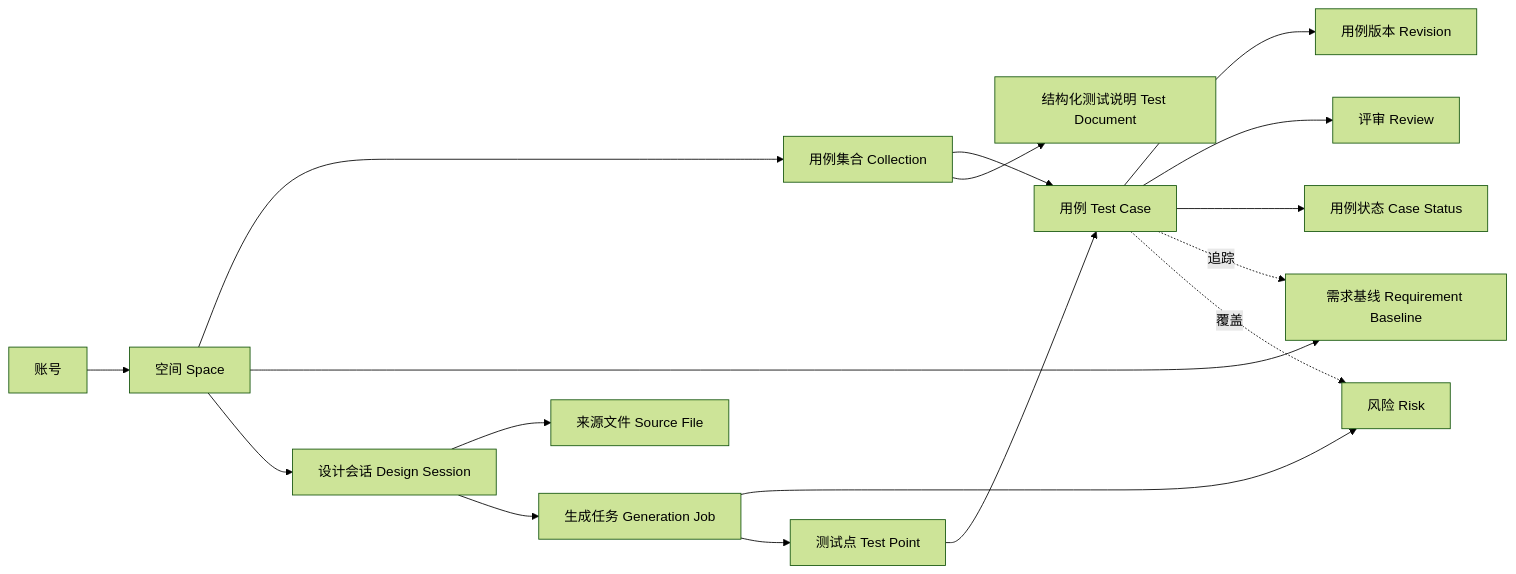
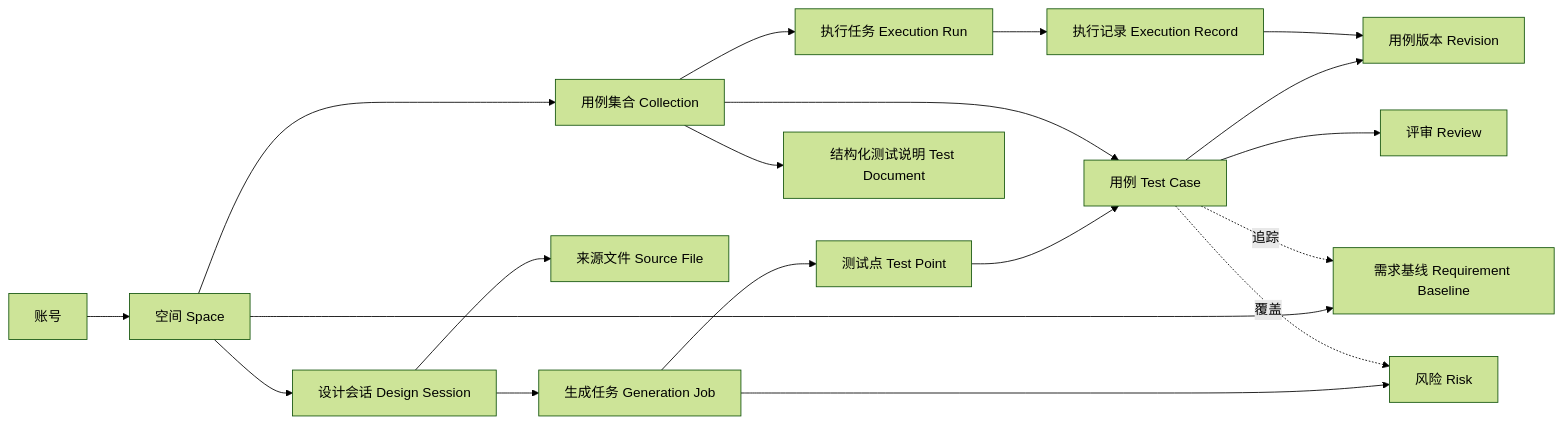
Before and after one commit to ruzhanzou/case_pilot: the diagram in docs/product-interaction-design.md, drawn with Mermaid (forest theme). The commit also changed other lines of this file and 59 other files, not shown here.

Commit message:
redesign case management and execution tasks

````diff
--- a/docs/product-interaction-design.md
+++ b/docs/product-interaction-design.md
@@ -30,19 +30,21 @@
 ```mermaid
 flowchart LR
   A[账号] --> S[空间 Space]
   S --> C[用例集合 Collection]
   S --> B[需求基线 Requirement Baseline]
   S --> D[设计会话 Design Session]
   D --> F[来源文件 Source File]
   D --> J[生成任务 Generation Job]
   J --> R[风险 Risk]
   J --> T[测试点 Test Point]
   T --> TC[用例 Test Case]
   C --> TC
   TC --> V[用例版本 Revision]
   TC --> RV[评审 Review]
-  TC --> CS[用例状态 Case Status]
+  C --> ER[执行任务 Execution Run]
+  ER --> EREC[执行记录 Execution Record]
+  EREC --> V
   C --> DOC[结构化测试说明 Test Document]
   TC -.追踪.-> B
   TC -.覆盖.-> R
 ```
````
